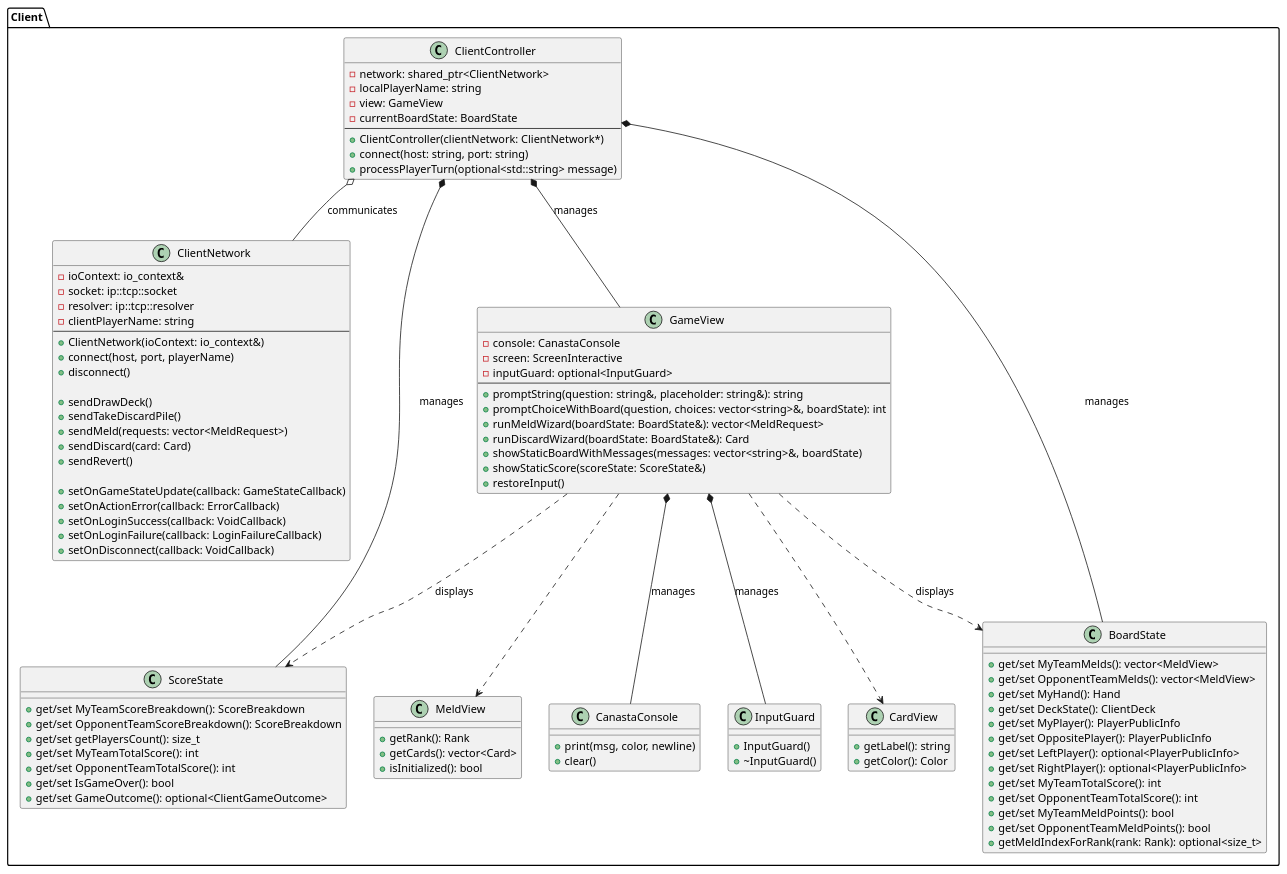
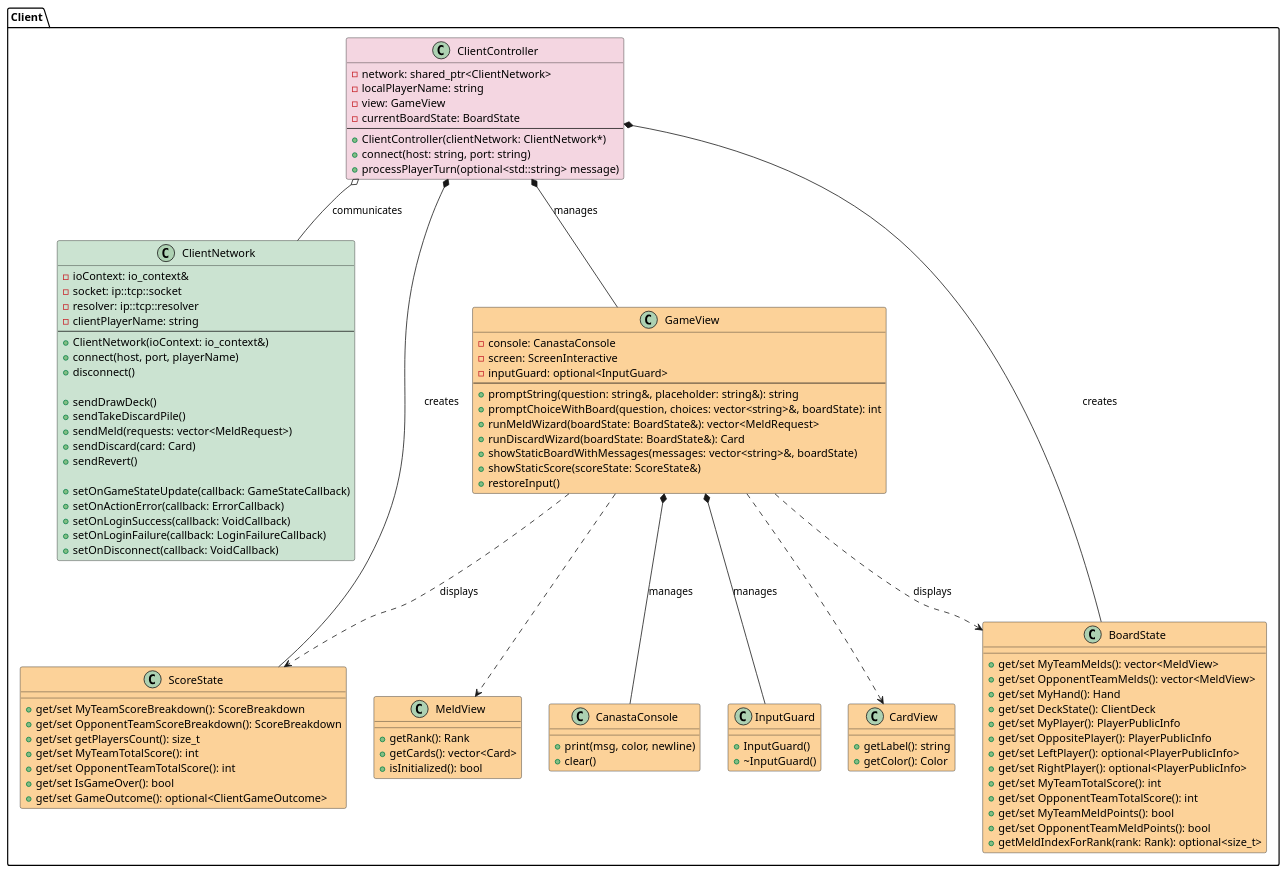
The diagram in docs/diagrams/client.puml (Bombonchik/Canasta), drawn with PlantUML before and after one commit. The commit also changed 2 other files, not shown here.

```diff
--- a/docs/diagrams/client.puml
+++ b/docs/diagrams/client.puml
@@ -1,110 +1,110 @@
 @startuml ClientDiagram
 package "Client" {
 
-    class CanastaConsole {
+    class CanastaConsole #FCD299 {
         + print(msg, color, newline)
         + clear()
     }
 
-    class InputGuard {
+    class InputGuard #FCD299 {
         + InputGuard()
         + ~InputGuard()
     }
 
-    class ClientNetwork {
+    class ClientNetwork #CBE3D1 {
         - ioContext: io_context&
         - socket: ip::tcp::socket
         - resolver: ip::tcp::resolver
         - clientPlayerName: string
         --
         + ClientNetwork(ioContext: io_context&)
         + connect(host, port, playerName)
         + disconnect()
 
         + sendDrawDeck()
         + sendTakeDiscardPile()
         + sendMeld(requests: vector<MeldRequest>)
         + sendDiscard(card: Card)
         + sendRevert()
 
         + setOnGameStateUpdate(callback: GameStateCallback)
         + setOnActionError(callback: ErrorCallback)
         + setOnLoginSuccess(callback: VoidCallback)
         + setOnLoginFailure(callback: LoginFailureCallback)
         + setOnDisconnect(callback: VoidCallback)
     }
-    class ClientController {
+    class ClientController #F4D6E1 {
         - network: shared_ptr<ClientNetwork>
         - localPlayerName: string
         - view: GameView
         - currentBoardState: BoardState
         --
         + ClientController(clientNetwork: ClientNetwork*)
         + connect(host: string, port: string)
         + processPlayerTurn(optional<std::string> message)
     }
 
-    class CardView{
+    class CardView #FCD299{
         + getLabel(): string
         + getColor(): Color
     }
 
-    class MeldView{
+    class MeldView #FCD299 {
         + getRank(): Rank
         + getCards(): vector<Card>
         + isInitialized(): bool
     }
 
-    class BoardState {
+    class BoardState #FCD299 {
         + get/set MyTeamMelds(): vector<MeldView>
         + get/set OpponentTeamMelds(): vector<MeldView>
         + get/set MyHand(): Hand
         + get/set DeckState(): ClientDeck
         + get/set MyPlayer(): PlayerPublicInfo
         + get/set OppositePlayer(): PlayerPublicInfo
         + get/set LeftPlayer(): optional<PlayerPublicInfo>
         + get/set RightPlayer(): optional<PlayerPublicInfo>
         + get/set MyTeamTotalScore(): int
         + get/set OpponentTeamTotalScore(): int
         + get/set MyTeamMeldPoints(): bool
         + get/set OpponentTeamMeldPoints(): bool
         + getMeldIndexForRank(rank: Rank): optional<size_t>
     }
 
-    class ScoreState {
+    class ScoreState #FCD299 {
         + get/set MyTeamScoreBreakdown(): ScoreBreakdown
         + get/set OpponentTeamScoreBreakdown(): ScoreBreakdown
         + get/set getPlayersCount(): size_t
         + get/set MyTeamTotalScore(): int
         + get/set OpponentTeamTotalScore(): int
         + get/set IsGameOver(): bool
         + get/set GameOutcome(): optional<ClientGameOutcome>    
     }
 
     ClientController o-- ClientNetwork : communicates
-    ClientController *-- BoardState : manages
-    ClientController *-- ScoreState : manages
-
-    class GameView {
+    ClientController *-- BoardState : creates
+    ClientController *-- ScoreState : creates
+    
+    class GameView #FCD299 {
         - console: CanastaConsole
         - screen: ScreenInteractive
         - inputGuard: optional<InputGuard>
         --
         + promptString(question: string&, placeholder: string&): string
         + promptChoiceWithBoard(question, choices: vector<string>&, boardState): int
         + runMeldWizard(boardState: BoardState&): vector<MeldRequest>
         + runDiscardWizard(boardState: BoardState&): Card
         + showStaticBoardWithMessages(messages: vector<string>&, boardState)
         + showStaticScore(scoreState: ScoreState&)
         + restoreInput()
     }
 
     ClientController *-- GameView : manages
     GameView ..> BoardState : displays
     GameView ..> ScoreState : displays
     GameView *-- CanastaConsole : manages
     GameView *-- InputGuard : manages
     GameView ..> CardView
     GameView ..> MeldView
 }
 @enduml
```
